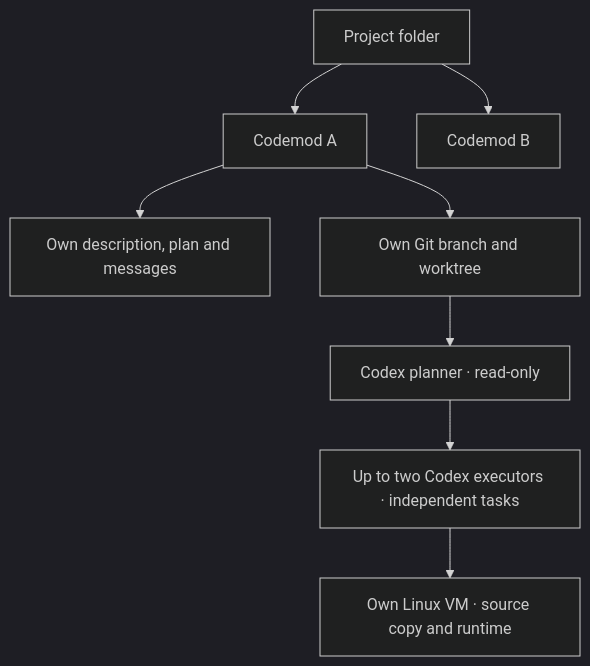
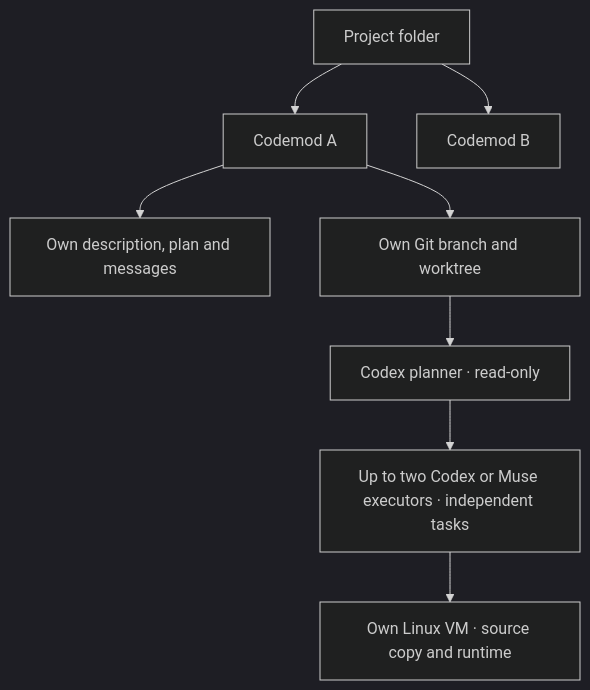
The first of 2 diagrams in docs/codemods.md (minimumeffort-dev/sprowt.harness), drawn with Mermaid (dark theme) before and after one commit. The commit also changed 24 other files, not shown here.

Commit message:
Connect Muse VM executors to the shared scheduler

````diff
--- a/docs/codemods.md
+++ b/docs/codemods.md
@@ -5,10 +5,10 @@
 ```mermaid
 flowchart TB
     project["Project folder"] --> first["Codemod A"]
     project --> second["Codemod B"]
     first --> context["Own description, plan and messages"]
     first --> worktree["Own Git branch and worktree"]
     worktree --> planner["Codex planner · read-only"]
-    planner --> executor["Up to two Codex executors · independent tasks"]
+    planner --> executor["Up to two Codex or Muse executors · independent tasks"]
     executor --> vm["Own Linux VM · source copy and runtime"]
 ```
````
